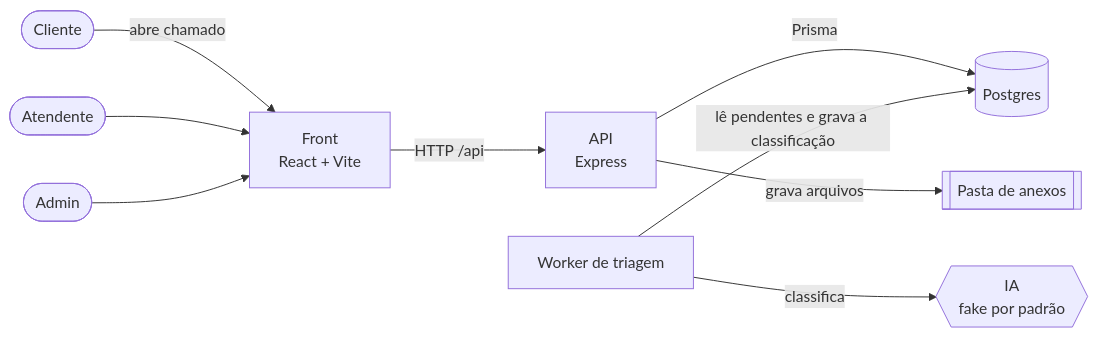
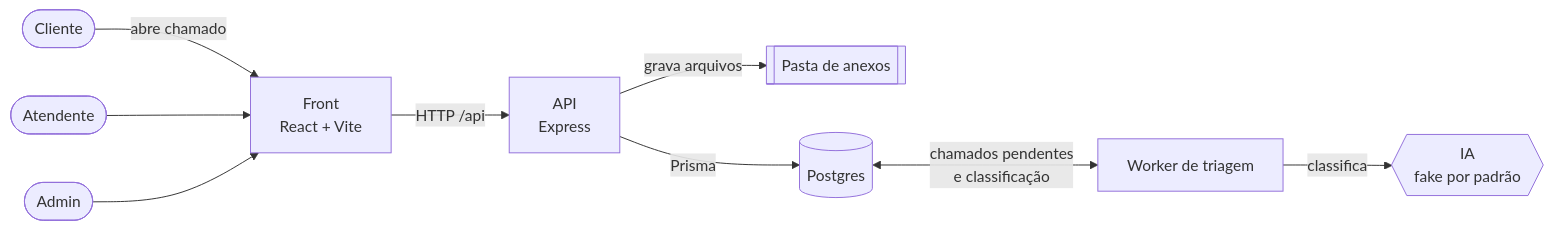
Before and after one commit to aeciopires/mba-ia-desafio-harness-legado: the first of 6 diagrams in docs/arquitetura.md, drawn with Mermaid. The commit also changed other lines of this file and 2 other files, not shown here.

Commit message:
docs: diagramas Mermaid revisados com o mermaid-cli (rótulos sobrepostos, quebras e setas)

````diff
--- a/docs/arquitetura.md
+++ b/docs/arquitetura.md
@@ -28,11 +28,11 @@
 ```mermaid
 flowchart LR
   cliente([Cliente]) -->|abre chamado| web[Front<br/>React + Vite]
   atendente([Atendente]) --> web
   admin([Admin]) --> web
   web -->|HTTP /api| api[API<br/>Express]
+  api -->|grava arquivos| anexos[[Pasta de anexos]]
   api -->|Prisma| db[(Postgres)]
-  api -->|grava arquivos| anexos[[Pasta de anexos]]
-  worker[Worker de triagem] -->|lê pendentes e grava a classificação| db
+  db <-->|chamados pendentes<br/>e classificação| worker[Worker de triagem]
   worker -->|classifica| ia{{IA<br/>fake por padrão}}
 ```
````
